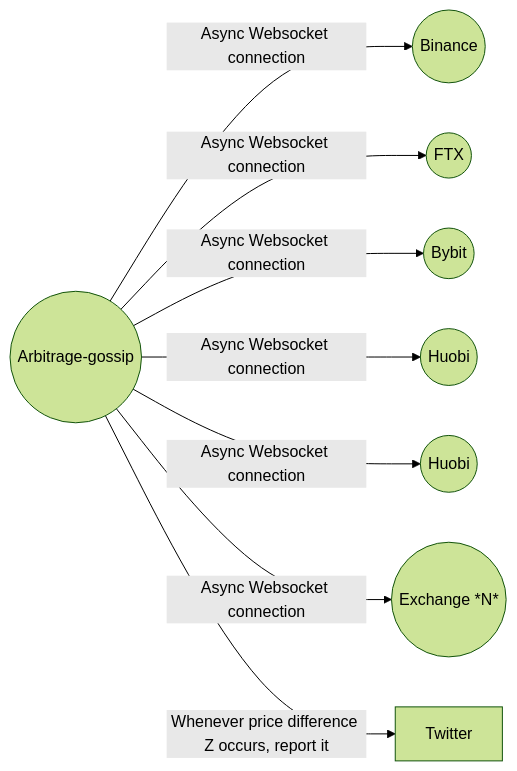
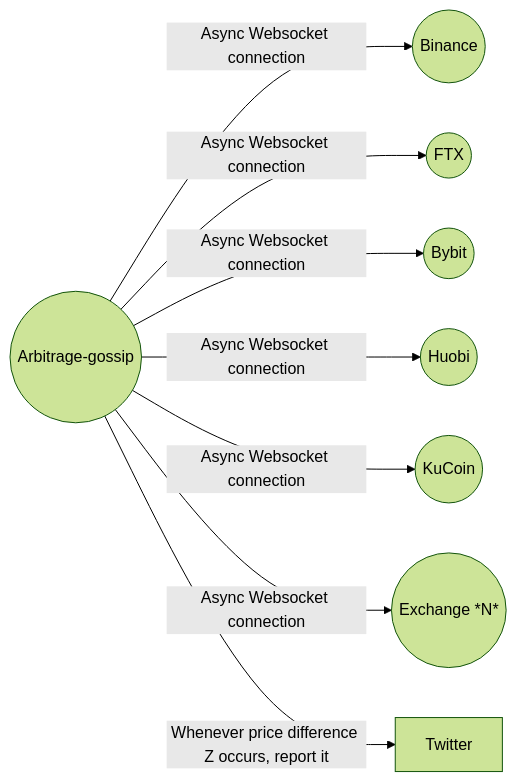
The diagram in README.md (lbkolev/arbitrage-gossip), drawn with Mermaid (forest theme) before and after one commit.

Commit message:
Fixed readme typo

````diff
--- a/README.md
+++ b/README.md
@@ -30,10 +30,10 @@
 ```mermaid
 graph LR
 Arb((Arbitrage-gossip)) -- Async Websocket connection --> Ex1((Binance))
 Arb((Arbitrage-gossip)) -- Async Websocket connection --> Ex2((FTX))
 Arb((Arbitrage-gossip)) -- Async Websocket connection --> Ex3((Bybit))
 Arb((Arbitrage-gossip)) -- Async Websocket connection --> Ex4((Huobi))
-Arb((Arbitrage-gossip)) -- Async Websocket connection --> Ex5((Huobi))
+Arb((Arbitrage-gossip)) -- Async Websocket connection --> Ex5((KuCoin))
 Arb((Arbitrage-gossip)) -- Async Websocket connection --> Ex6((Exchange *N*))
 Arb((Arbitrage-gossip)) -- Whenever price difference Z occurs, report it --> F[Twitter]
 ```
````
